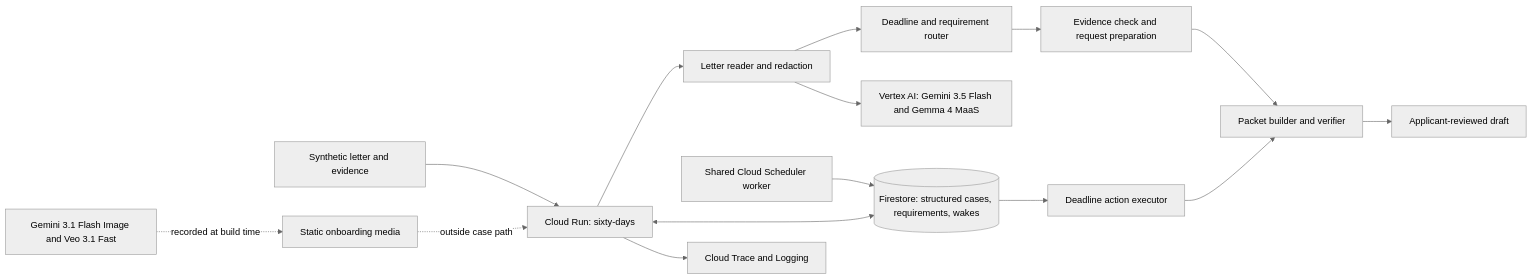
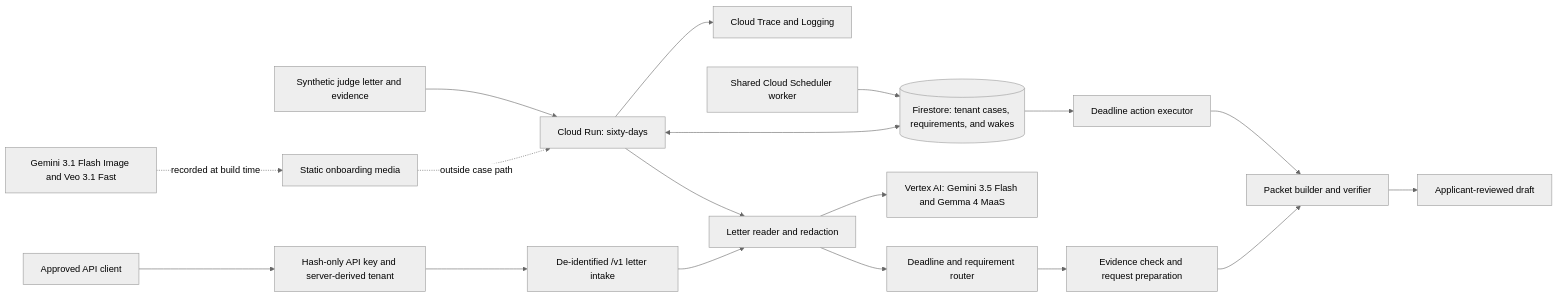
The diagram in README.md (usv240/sixty-days), drawn with Mermaid (neutral theme) before and after one commit. The commit also changed other lines of this file and 25 other files, not shown here.

Commit message:
Add key-protected deidentified appeal API

````diff
--- a/README.md
+++ b/README.md
@@ -72,17 +72,20 @@
 ```mermaid
 flowchart LR
-    A[Synthetic letter and evidence] --> B[Cloud Run: sixty-days]
+    A[Synthetic judge letter and evidence] --> B[Cloud Run: sixty-days]
+    API[Approved API client] --> K[Hash-only API key and server-derived tenant]
+    K --> DI[De-identified /v1 letter intake]
     B --> L[Letter reader and redaction]
+    DI --> L
     L --> D[Deadline and requirement router]
     D --> E[Evidence check and request preparation]
     E --> P[Packet builder and verifier]
-    B <--> F[(Firestore: structured cases, requirements, wakes)]
+    B <--> F[(Firestore: tenant cases, requirements, and wakes)]
     L --> V[Vertex AI: Gemini 3.5 Flash and Gemma 4 MaaS]
-    S[Shared Cloud Scheduler worker] --> F
     F --> X[Deadline action executor]
     X --> P
+    S[Shared Cloud Scheduler worker] --> F
     B --> T[Cloud Trace and Logging]
     P --> H[Applicant-reviewed draft]
     M[Gemini 3.1 Flash Image and Veo 3.1 Fast] -. recorded at build time .-> O[Static onboarding media]
     O -. outside case path .-> B
 ```
````
